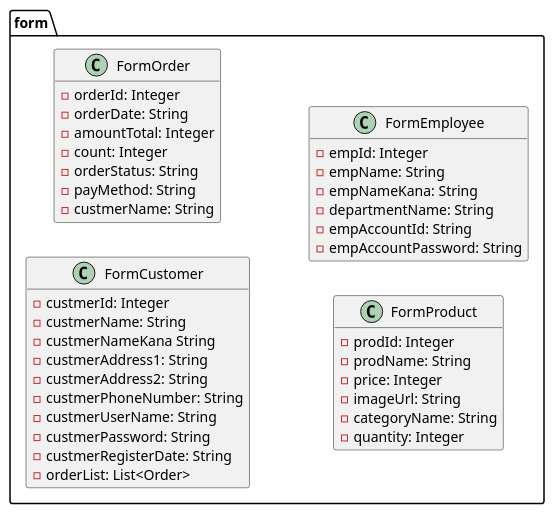
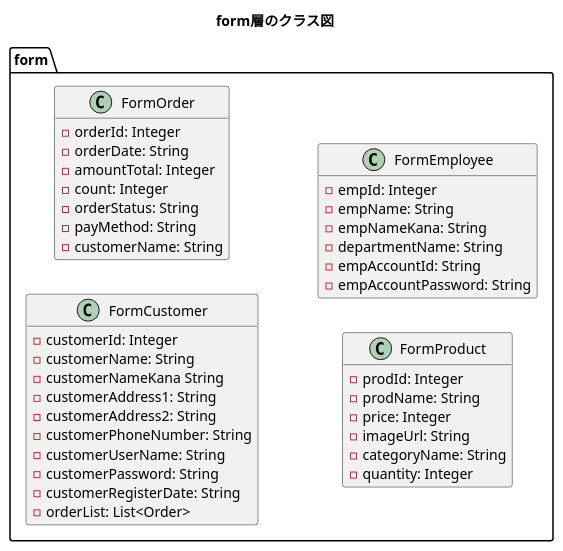
One commit to kanavii3333/ec-b changed the diagram in plan/uml/class/form.plantuml. Above: the diagram before and after it, drawn with PlantUML. The commit also changed 5 other files, not shown here.

Commit message:
全体クラス図　その他修正

```diff
--- a/plan/uml/class/form.plantuml
+++ b/plan/uml/class/form.plantuml
@@ -1,48 +1,48 @@
 @startuml
-
+title form層のクラス図
 hide empty members
 left to right direction
 
 package form{
     class FormCustomer{
-        -custmerId: Integer
-        -custmerName: String
-        -custmerNameKana String
-        -custmerAddress1: String
-        -custmerAddress2: String
-        -custmerPhoneNumber: String
-        -custmerUserName: String
-        -custmerPassword: String
-        -custmerRegisterDate: String
+        -customerId: Integer
+        -customerName: String
+        -customerNameKana String
+        -customerAddress1: String
+        -customerAddress2: String
+        -customerPhoneNumber: String
+        -customerUserName: String
+        -customerPassword: String
+        -customerRegisterDate: String
         -orderList: List<Order>
     }
 
     class FormOrder{
         -orderId: Integer
         -orderDate: String
         -amountTotal: Integer
         -count: Integer
         -orderStatus: String
         -payMethod: String
-        -custmerName: String
+        -customerName: String
     }
 
     class FormProduct{
         -prodId: Integer
         -prodName: String
         -price: Integer
         -imageUrl: String
         -categoryName: String
         -quantity: Integer
     }
 
     class FormEmployee{
         -empId: Integer
         -empName: String
         -empNameKana: String
         -departmentName: String
         -empAccountId: String
         -empAccountPassword: String
     }
 }
 @enduml
```
